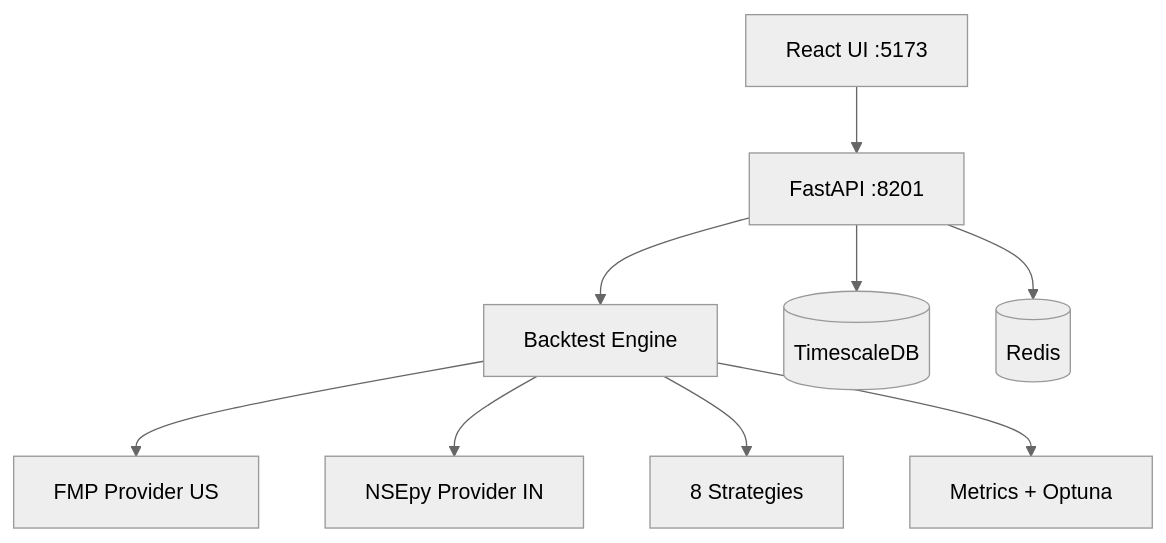
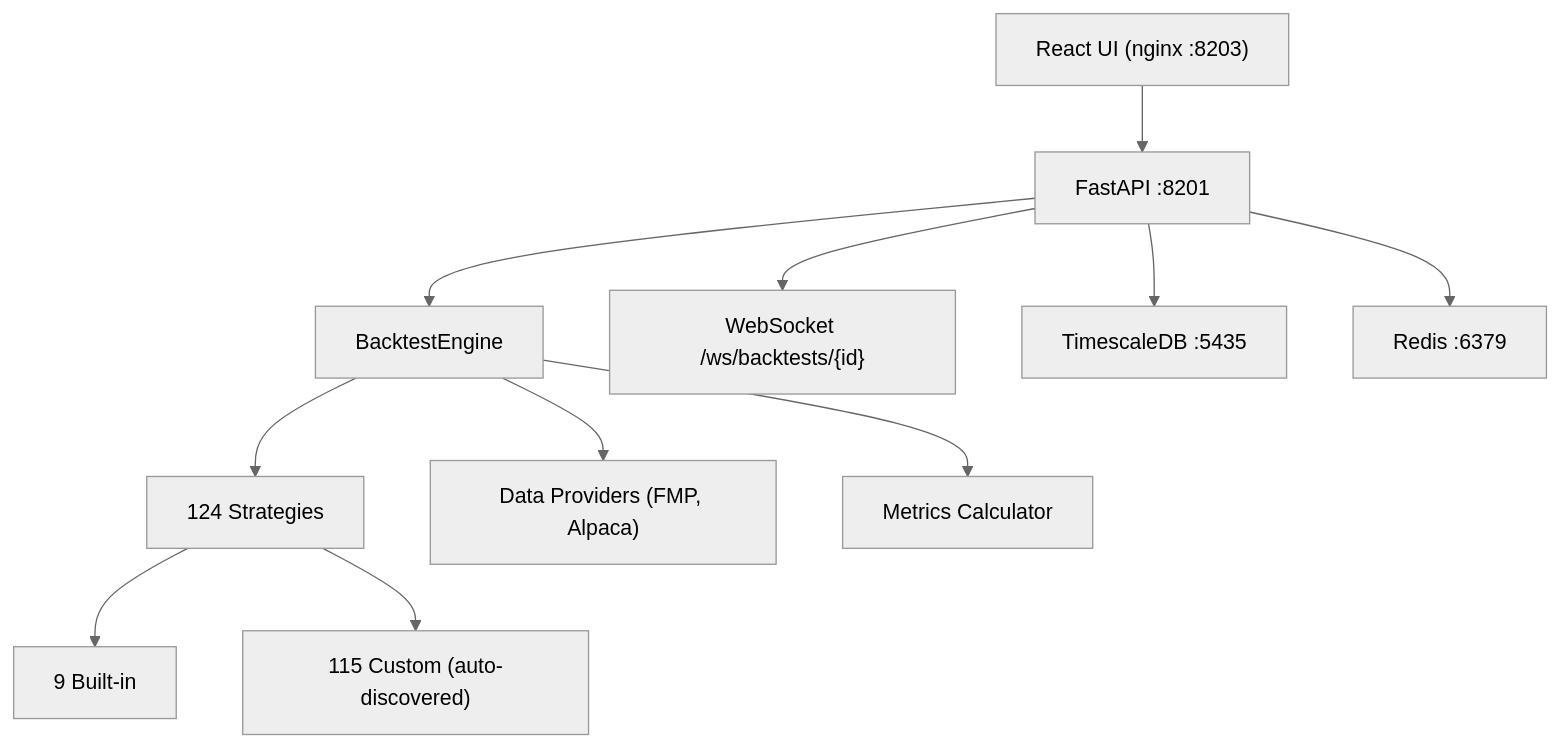
Before and after one commit to noufal85/ava_backtest_api: the diagram in README.md, drawn with Mermaid (neutral theme). The commit also changed other lines of this file and 2 other files, not shown here.

First line of the commit message:
docs: update README (124 strategies), add strategy catalog + adding guide

````diff
--- a/README.md
+++ b/README.md
@@ -18,11 +39,13 @@
 ```mermaid
 graph TD
-    UI[React UI :5173] --> API[FastAPI :8201]
-    API --> Engine[Backtest Engine]
-    API --> DB[(TimescaleDB)]
-    API --> Cache[(Redis)]
-    Engine --> FMP[FMP Provider US]
-    Engine --> NSEpy[NSEpy Provider IN]
-    Engine --> Strategies[8 Strategies]
-    Engine --> Analytics[Metrics + Optuna]
+    UI["React UI (nginx :8203)"] --> API["FastAPI :8201"]
+    API --> Engine["BacktestEngine"]
+    API --> WS["WebSocket /ws/backtests/{id}"]
+    Engine --> Strategies["124 Strategies"]
+    Engine --> Providers["Data Providers (FMP, Alpaca)"]
+    Engine --> Analytics["Metrics Calculator"]
+    API --> DB["TimescaleDB :5435"]
+    API --> Cache["Redis :6379"]
+    Strategies --> Classic["9 Built-in"]
+    Strategies --> Custom["115 Custom (auto-discovered)"]
 ```
````
